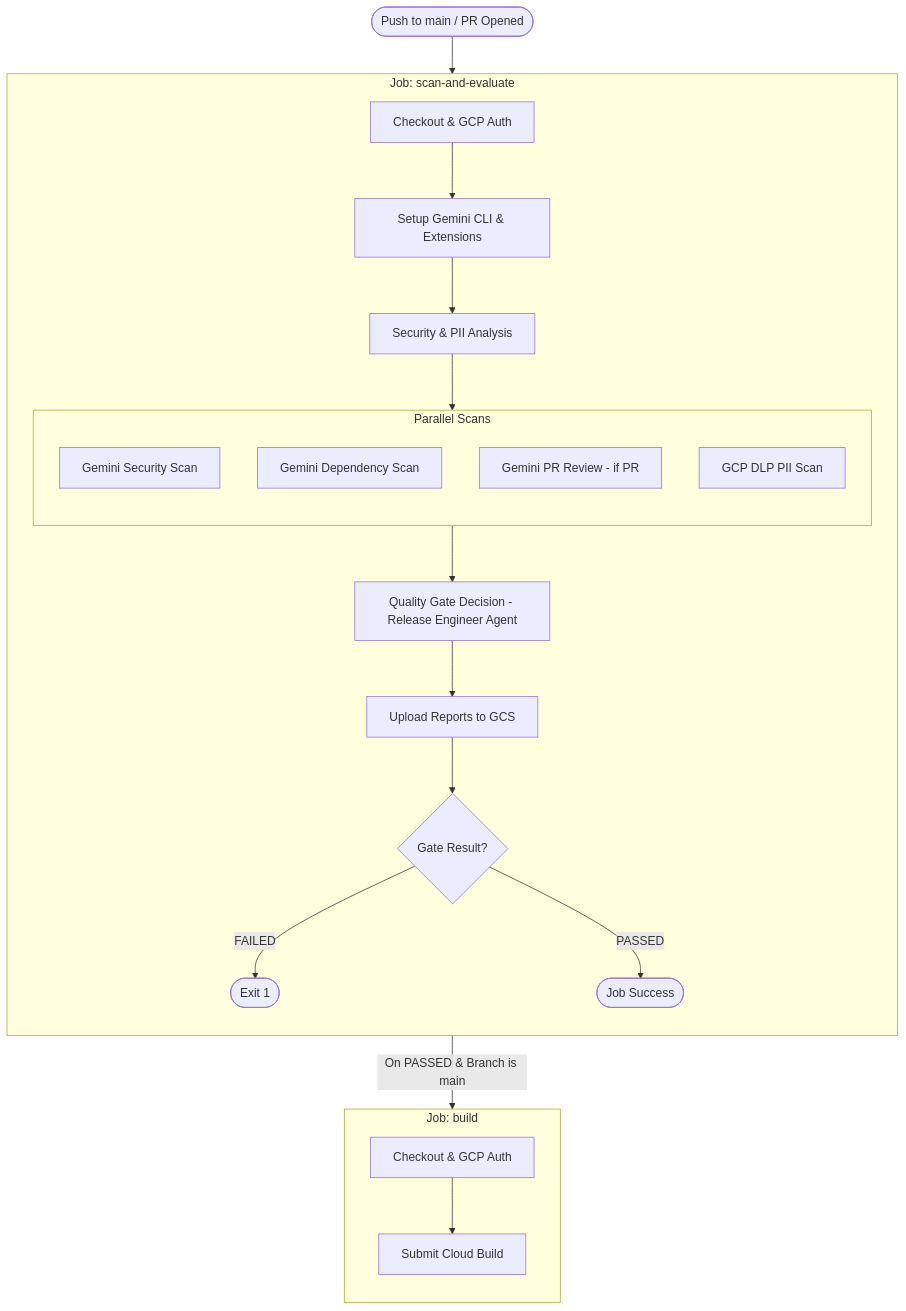
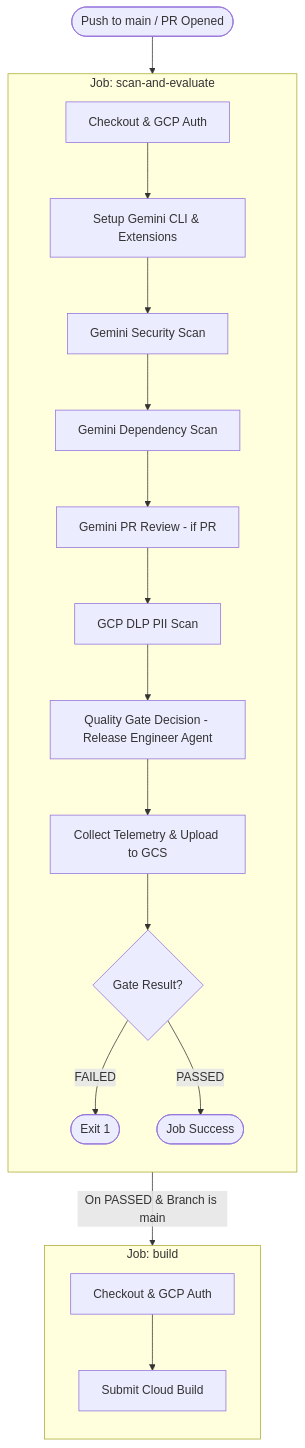
Before and after one commit to cloud-gtm-core-apps/e2e-agent-patterns: the first of 2 diagrams in README.md, drawn with Mermaid.

````diff
--- a/README.md
+++ b/README.md
@@ -26,32 +26,25 @@
 ```mermaid
 flowchart TD
     Trigger([Push to main / PR Opened]) --> Job1[Job: scan-and-evaluate]
     
     subgraph Job1 [Job: scan-and-evaluate]
         direction TB
         S1[Checkout & GCP Auth] --> S2[Setup Gemini CLI & Extensions]
-        S2 --> S3[Security & PII Analysis]
-        
-        subgraph Scans [Parallel Scans]
-            direction TB
-            SS1[Gemini Security Scan]
-            SS2[Gemini Dependency Scan]
-            SS3[Gemini PR Review - if PR]
-            SS4[GCP DLP PII Scan]
-        end
-        
-        S3 --> Scans
-        Scans --> S4[Quality Gate Decision - Release Engineer Agent]
-        S4 --> S5[Upload Reports to GCS]
+        S2 --> SS1[Gemini Security Scan]
+        SS1 --> SS2[Gemini Dependency Scan]
+        SS2 --> SS3[Gemini PR Review - if PR]
+        SS3 --> SS4[GCP DLP PII Scan]
+        SS4 --> S4[Quality Gate Decision - Release Engineer Agent]
+        S4 --> S5[Collect Telemetry & Upload to GCS]
         S5 --> S6{Gate Result?}
         S6 -- FAILED --> S7([Exit 1])
         S6 -- PASSED --> S8([Job Success])
     end
     
     Job1 -->|On PASSED & Branch is main| Job2[Job: build]
     
     subgraph Job2 [Job: build]
         direction TB
         B1[Checkout & GCP Auth] --> B2[Submit Cloud Build]
     end
 ```
````
